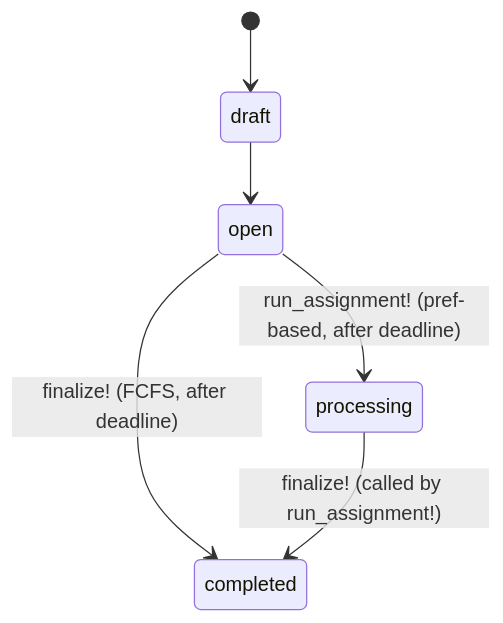
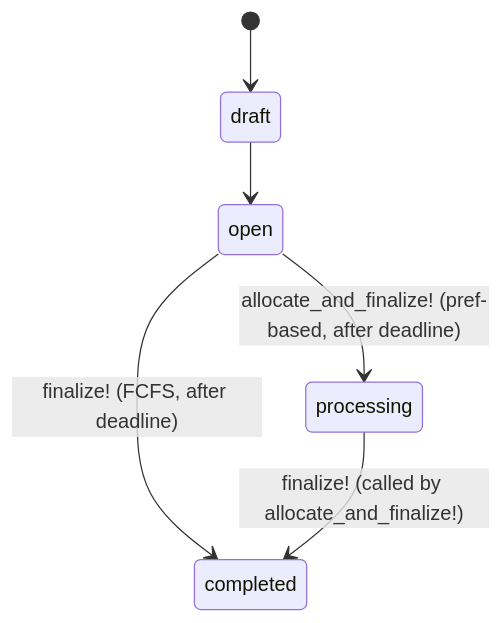
One commit to MaMpf-HD/mampf changed the first of 3 diagrams in architecture/src/features/02-registration.md. Above: the diagram before and after it, drawn with Mermaid. The commit also changed other lines of this file and 10 other files, not shown here.

````diff
--- a/architecture/src/features/02-registration.md
+++ b/architecture/src/features/02-registration.md
@@ -771,8 +806,8 @@
 ```mermaid
 stateDiagram-v2
     [*] --> draft
     draft --> open
-    open --> processing : run_assignment! (pref-based, after deadline)
+  open --> processing : allocate_and_finalize! (pref-based, after deadline)
     open --> completed : finalize! (FCFS, after deadline)
-    processing --> completed : finalize! (called by run_assignment!)
+  processing --> completed : finalize! (called by allocate_and_finalize!)
 ```
````
